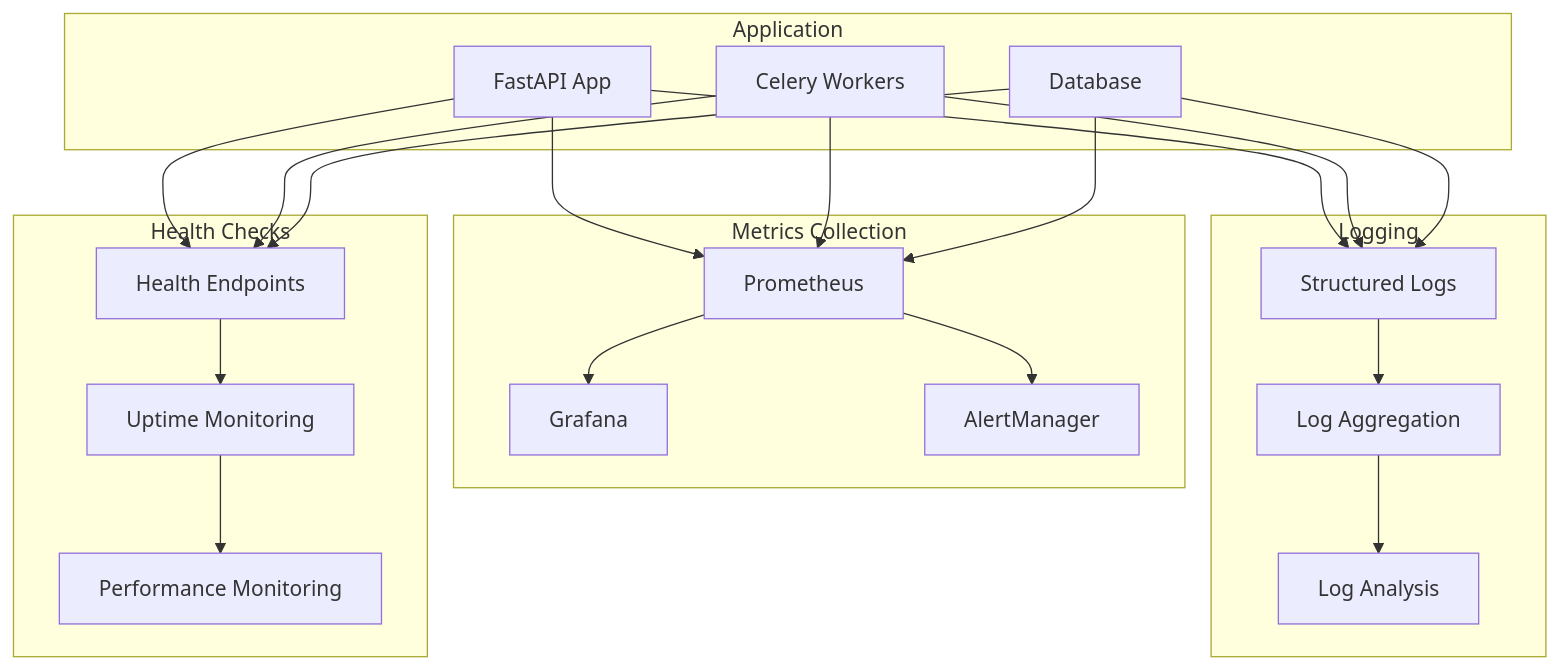
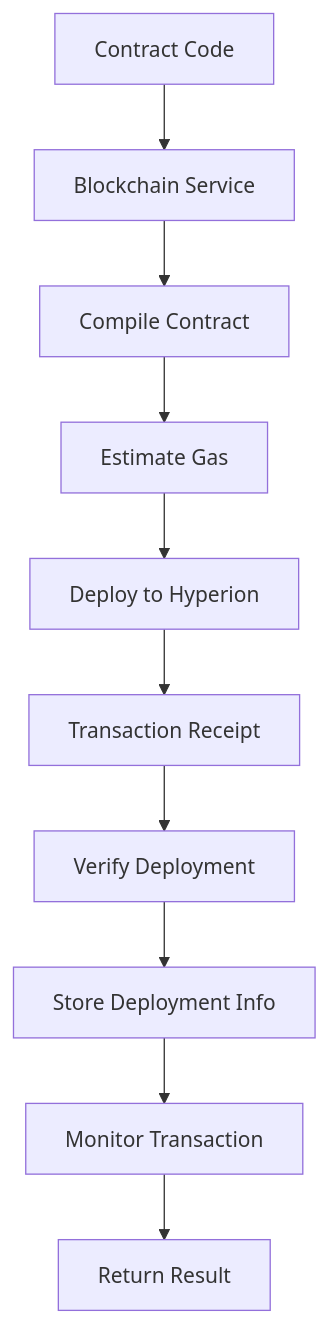
The seventh of 13 diagrams in hyperkit-agent/docs/ARCHITECTURE_DIAGRAMS.md (JustineDevs/Hyperkit-Agent), drawn with Mermaid before and after one commit. The commit also changed other lines of this file and 118 other files, not shown here.

````diff
--- a/hyperkit-agent/docs/ARCHITECTURE_DIAGRAMS.md
+++ b/hyperkit-agent/docs/ARCHITECTURE_DIAGRAMS.md
@@ -333,42 +217,12 @@
 ```mermaid
-graph TB
-    subgraph "Application"
-        A[FastAPI App]
-        B[Celery Workers]
-        C[Database]
-    end
-    
-    subgraph "Metrics Collection"
-        D[Prometheus]
-        E[Grafana]
-        F[AlertManager]
-    end
-    
-    subgraph "Logging"
-        G[Structured Logs]
-        H[Log Aggregation]
-        I[Log Analysis]
-    end
-    
-    subgraph "Health Checks"
-        J[Health Endpoints]
-        K[Uptime Monitoring]
-        L[Performance Monitoring]
-    end
-    
-    A --> D
-    B --> D
-    C --> D
-    D --> E
-    D --> F
-    A --> G
-    B --> G
-    C --> G
-    G --> H
-    H --> I
-    A --> J
-    B --> J
-    C --> J
-    J --> K
-    K --> L
+flowchart TD
+    A[Contract Code] --> B[Blockchain Service]
+    B --> C[Compile Contract]
+    C --> D[Estimate Gas]
+    D --> E[Deploy to Hyperion]
+    E --> F[Transaction Receipt]
+    F --> G[Verify Deployment]
+    G --> H[Store Deployment Info]
+    H --> I[Monitor Transaction]
+    I --> J[Return Result]
 ```
````
